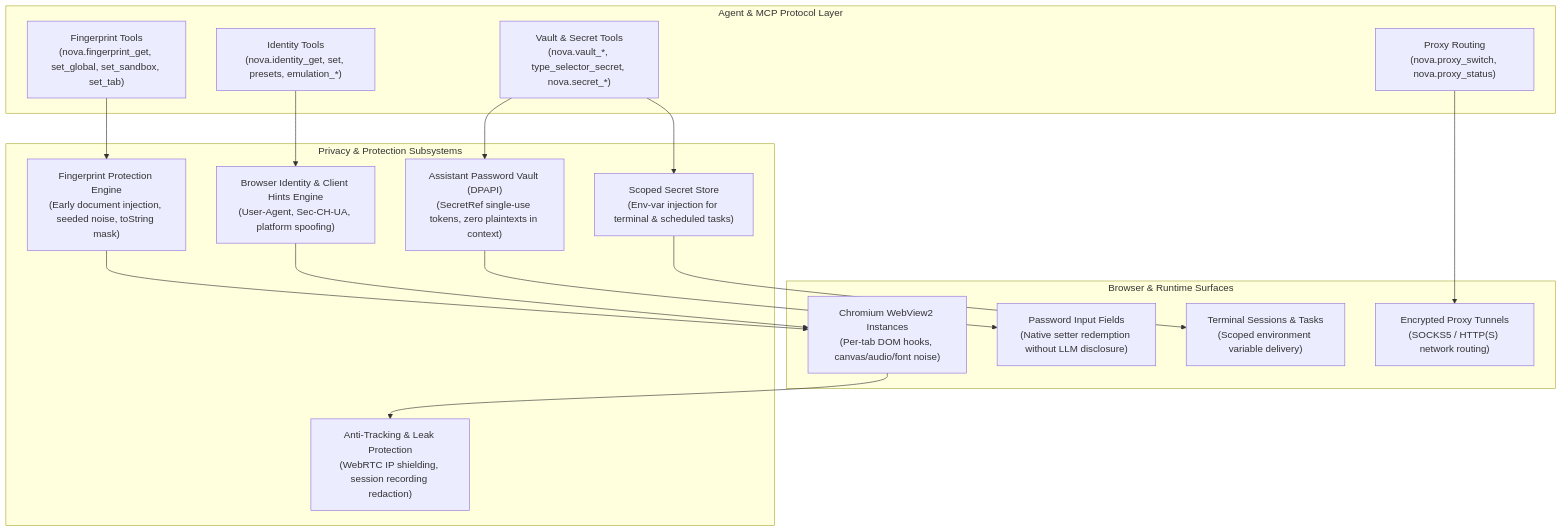
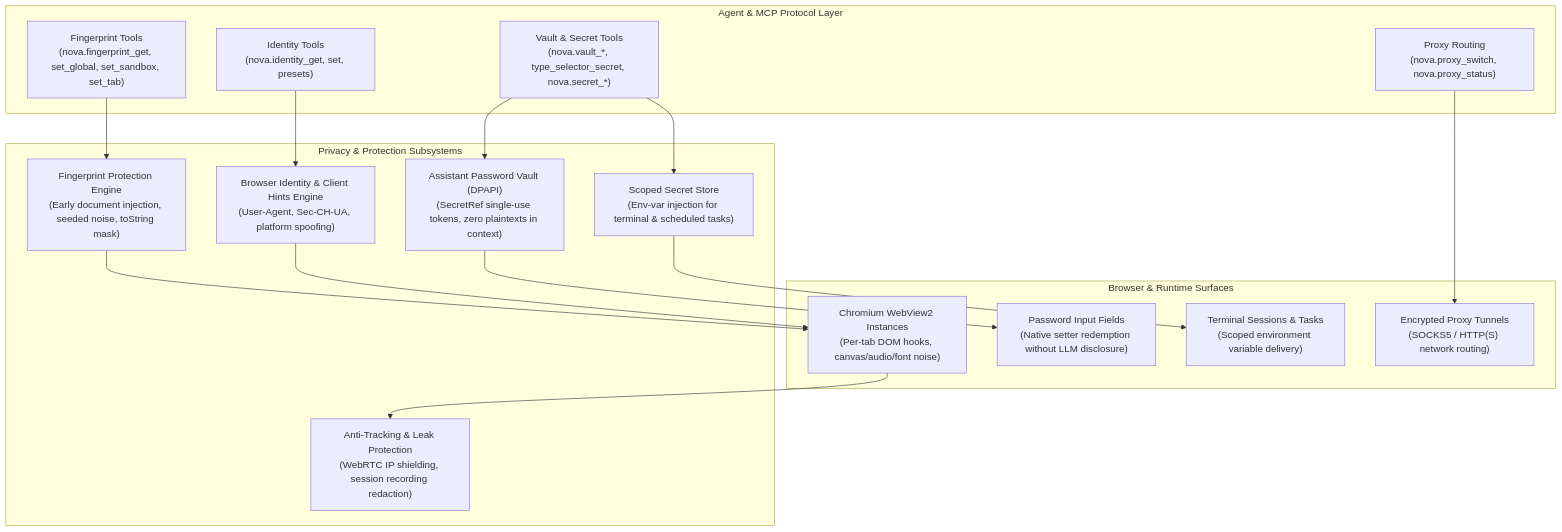
Before and after one commit to joelaniol/nova: the first of 2 diagrams in docs/core-features/privacy/README.md, drawn with Mermaid. The commit also changed other lines of this file and 128 other files, not shown here.

````diff
--- a/docs/core-features/privacy/README.md
+++ b/docs/core-features/privacy/README.md
@@ -7,32 +7,32 @@
 ```mermaid
 flowchart TD
-    subgraph AgentLayer["Agent & MCP Protocol Layer"]
-        FingerprintTools["Fingerprint Tools\n(nova.fingerprint_get, set_global, set_sandbox, set_tab)"]
-        IdentityTools["Identity Tools\n(nova.identity_get, set, presets, emulation_*)"]
-        VaultTools["Vault & Secret Tools\n(nova.vault_*, type_selector_secret, nova.secret_*)"]
-        ProxyTools["Proxy Routing\n(nova.proxy_switch, nova.proxy_status)"]
+    subgraph AgentLayer ["Agent & MCP Protocol Layer"]
+        FingerprintTools["Fingerprint Tools<br/>(nova.fingerprint_get, set_global, set_sandbox, set_tab)"]
+        IdentityTools["Identity Tools<br/>(nova.identity_get, set, presets)"]
+        VaultTools["Vault & Secret Tools<br/>(nova.vault_*, type_selector_secret, nova.secret_*)"]
+        ProxyTools["Proxy Routing<br/>(nova.proxy_switch, nova.proxy_status)"]
     end
 
-    subgraph ProtectionEngines["Privacy & Protection Subsystems"]
-        FPResolver["Fingerprint Protection Engine\n(Early document injection, seeded noise, toString mask)"]
-        IdentityEngine["Browser Identity & Client Hints Engine\n(User-Agent, Sec-CH-UA, platform spoofing)"]
-        VaultStore["Assistant Password Vault (DPAPI)\n(SecretRef single-use tokens, zero plaintexts in context)"]
-        SecretStore["Scoped Secret Store\n(Env-var injection for terminal & scheduled tasks)"]
-        LeakProtector["Anti-Tracking & Leak Protection\n(WebRTC IP shielding, session recording redaction)"]
+    subgraph ProtectionEngines ["Privacy & Protection Subsystems"]
+        FPResolver["Fingerprint Protection Engine<br/>(Early document injection, seeded noise, toString mask)"]
+        IdentityEngine["Browser Identity & Client Hints Engine<br/>(User-Agent, Sec-CH-UA, platform spoofing)"]
+        VaultStore["Assistant Password Vault (DPAPI)<br/>(SecretRef single-use tokens, zero plaintexts in context)"]
+        SecretStore["Scoped Secret Store<br/>(Env-var injection for terminal & scheduled tasks)"]
+        LeakProtector["Anti-Tracking & Leak Protection<br/>(WebRTC IP shielding, session recording redaction)"]
     end
 
-    subgraph ExecutionSurfaces["Browser & Runtime Surfaces"]
-        WebViews["Chromium WebView2 Instances\n(Per-tab DOM hooks, canvas/audio/font noise)"]
-        DOMFields["Password Input Fields\n(Native setter redemption without LLM disclosure)"]
-        TerminalTasks["Terminal Sessions & Tasks\n(Scoped environment variable delivery)"]
-        ProxyTunnel["Encrypted Proxy Tunnels\n(SOCKS5 / HTTP(S) network routing)"]
+    subgraph ExecutionSurfaces ["Browser & Runtime Surfaces"]
+        WebViews["Chromium WebView2 Instances<br/>(Per-tab DOM hooks, canvas/audio/font noise)"]
+        DOMFields["Password Input Fields<br/>(Native setter redemption without LLM disclosure)"]
+        TerminalTasks["Terminal Sessions & Tasks<br/>(Scoped environment variable delivery)"]
+        ProxyTunnel["Encrypted Proxy Tunnels<br/>(SOCKS5 / HTTP(S) network routing)"]
     end
 
     FingerprintTools --> FPResolver --> WebViews
     IdentityTools --> IdentityEngine --> WebViews
     VaultTools --> VaultStore --> DOMFields
     VaultTools --> SecretStore --> TerminalTasks
     ProxyTools --> ProxyTunnel
 
     WebViews --> LeakProtector
 ```
````
